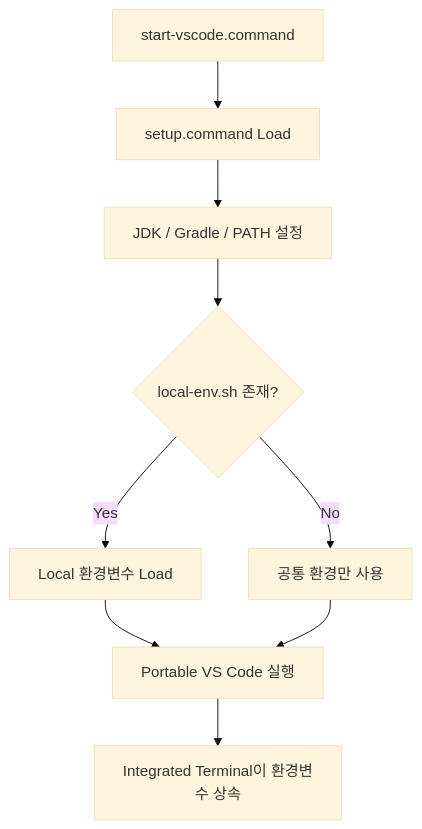
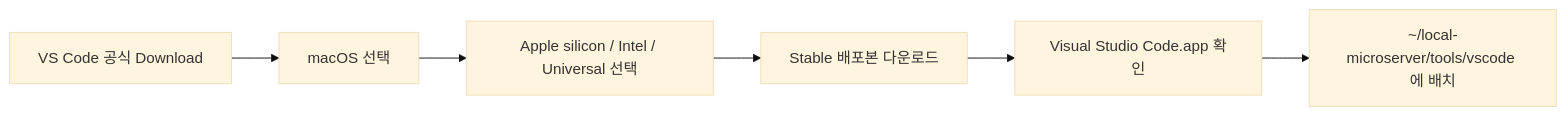
One commit to Team-Microserver/microserver-docs changed the first of 2 diagrams in docs/02_development_environment/03_macos/05_vscode/vscode_install.md. Above: the diagram before and after it, drawn with Mermaid (base theme). The commit also changed other lines of this file and 14 other files, not shown here.

````diff
--- a/docs/02_development_environment/03_macos/05_vscode/vscode_install.md
+++ b/docs/02_development_environment/03_macos/05_vscode/vscode_install.md
@@ -113,12 +193,9 @@
 ```mermaid
-flowchart TD
-    A["start-vscode.command"]
-    --> B["setup.command Load"]
-    --> C["JDK / Gradle / PATH 설정"]
-    --> D{"local-env.sh 존재?"}
-    D -->|Yes| E["Local 환경변수 Load"]
-    D -->|No| F["공통 환경만 사용"]
-    E --> G["Portable VS Code 실행"]
-    F --> G
-    G --> H["Integrated Terminal이 환경변수 상속"]
+flowchart LR
+    A["VS Code 공식 Download"]
+    --> B["macOS 선택"]
+    --> C["Apple silicon / Intel / Universal 선택"]
+    --> D["Stable 배포본 다운로드"]
+    --> E["Visual Studio Code.app 확인"]
+    --> F["~/local-microserver/tools/vscode 에 배치"]
 ```
````
